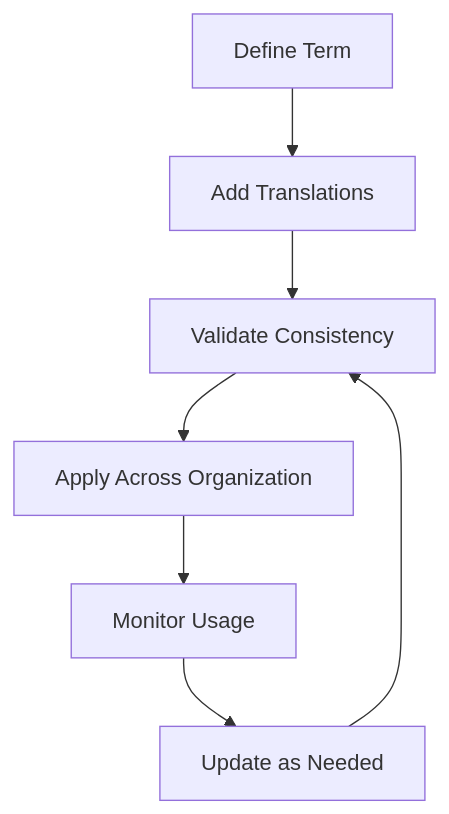
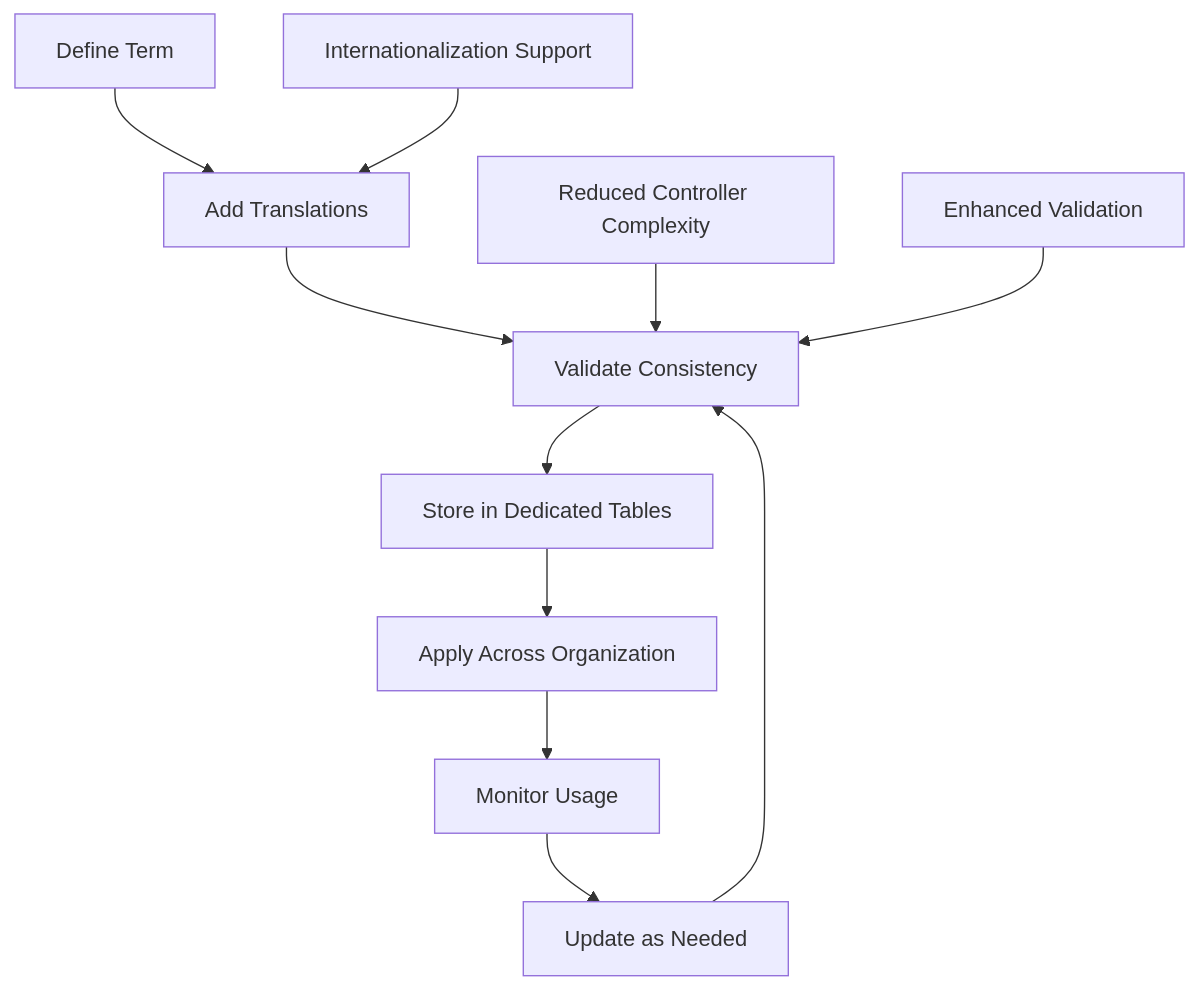
Before and after one commit to franckylab/eLISAschool: the fifth of 9 diagrams in .qoder/repowiki/en/content/Human Resources Management/Personnel Administration/Organizational Structure.md, drawn with Mermaid. The commit also changed other lines of this file and 455 other files, not shown here.

````diff
--- a/.qoder/repowiki/en/content/Human Resources Management/Personnel Administration/Organizational Structure.md
+++ b/.qoder/repowiki/en/content/Human Resources Management/Personnel Administration/Organizational Structure.md
@@ -264,9 +276,13 @@
 ```mermaid
 flowchart TD
 A["Define Term"] --> B["Add Translations"]
 B --> C["Validate Consistency"]
-C --> D["Apply Across Organization"]
-D --> E["Monitor Usage"]
-E --> F["Update as Needed"]
-F --> C
+C --> D["Store in Dedicated Tables"]
+D --> E["Apply Across Organization"]
+E --> F["Monitor Usage"]
+F --> G["Update as Needed"]
+G --> C
+H["Reduced Controller Complexity"] --> C
+I["Enhanced Validation"] --> C
+J["Internationalization Support"] --> B
 ```
````
